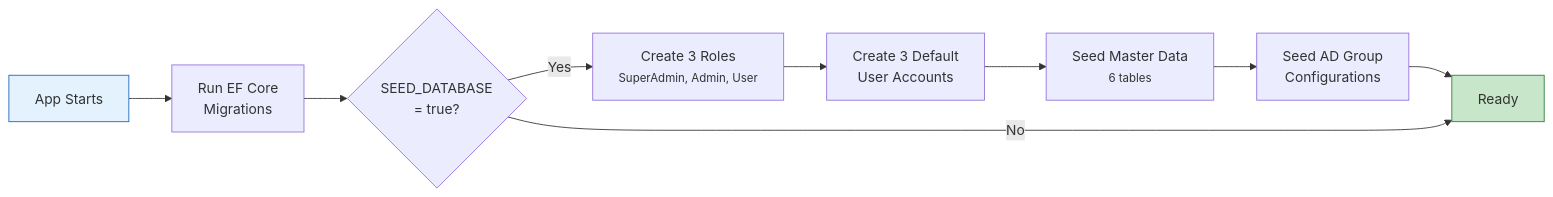
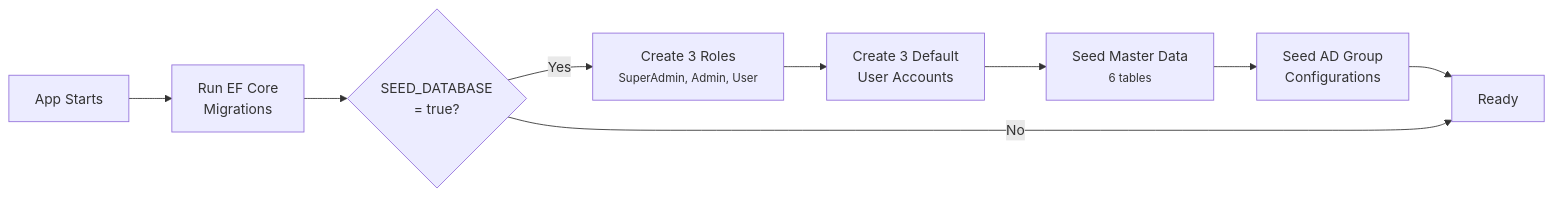
One commit to aminabibi19961996-gif/LostAndFoundApp changed the ninth of 9 diagrams in README.md. Above: the diagram before and after it, drawn with Mermaid. The commit also changed other lines of this file, not shown here.

Commit message:
fix: remove custom Mermaid colors for GitHub theme compatibility

````diff
--- a/README.md
+++ b/README.md
@@ -997,14 +972,12 @@
 ```mermaid
 flowchart LR
  A[App Starts] --> B["Run EF Core<br/>Migrations"]
  B --> C{SEED_DATABASE<br/>= true?}
  C -->|Yes| D["Create 3 Roles<br/><small>SuperAdmin, Admin, User</small>"]
  D --> E["Create 3 Default<br/>User Accounts"]
  E --> F["Seed Master Data<br/><small>6 tables</small>"]
  F --> G["Seed AD Group<br/>Configurations"]
  G --> H["Ready"]
  C -->|No| H
 
- style A fill:#e3f2fd,stroke:#1565c0
- style H fill:#c8e6c9,stroke:#2e7d32
 ```
````
